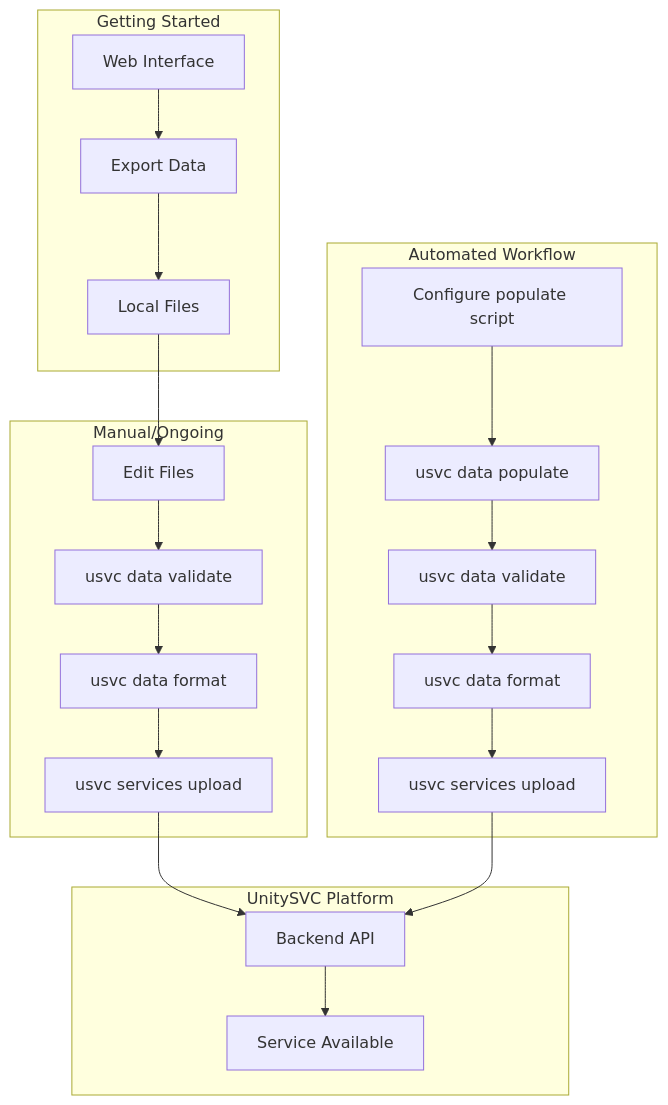
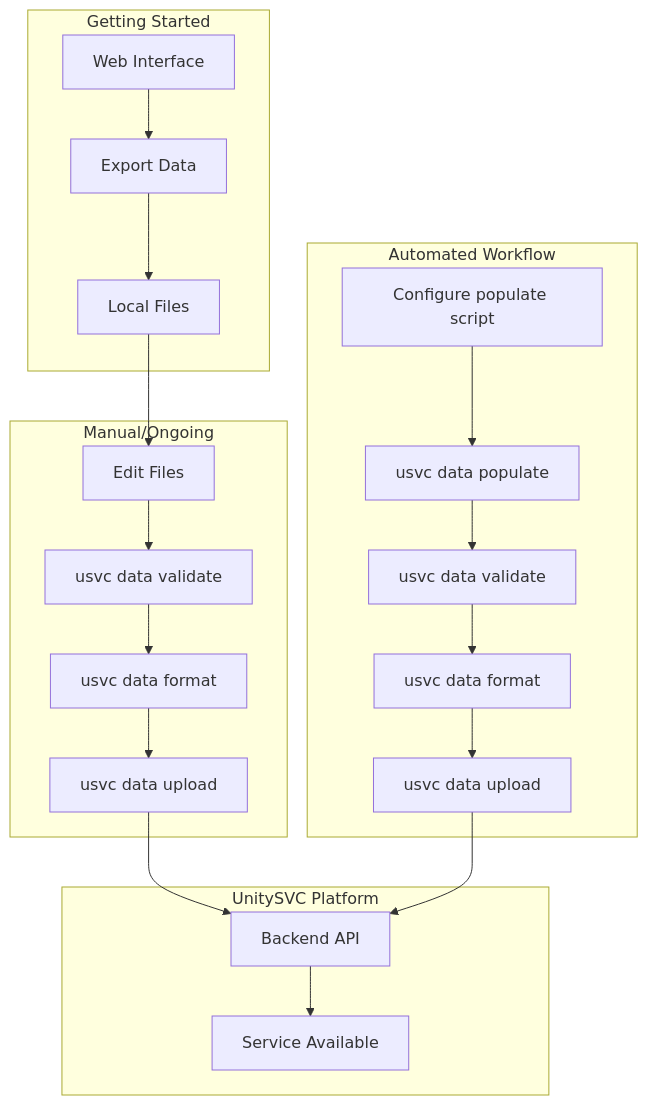
Before and after one commit to unitysvc/unitysvc-services: the first of 3 diagrams in docs/workflows.md, drawn with Mermaid. The commit also changed other lines of this file and 11 other files, not shown here.

Commit message:
rename usvc services upload to usvc data upload

````diff
--- a/docs/workflows.md
+++ b/docs/workflows.md
@@ -20,27 +20,27 @@
 ```mermaid
 flowchart TB
     subgraph WebStart["Getting Started"]
         W1[Web Interface] --> W2[Export Data]
         W2 --> W3[Local Files]
     end
 
     subgraph Manual["Manual/Ongoing"]
         W3 --> A2[Edit Files]
         A2 --> A3[usvc data validate]
         A3 --> A4[usvc data format]
-        A4 --> A5[usvc services upload]
+        A4 --> A5[usvc data upload]
     end
 
     subgraph Automated["Automated Workflow"]
         B1[Configure populate script] --> B2[usvc data populate]
         B2 --> B3[usvc data validate]
         B3 --> B4[usvc data format]
-        B4 --> B5[usvc services upload]
+        B4 --> B5[usvc data upload]
     end
 
     subgraph Platform["UnitySVC Platform"]
         A5 --> C[Backend API]
         B5 --> C
         C --> D[Service Available]
     end
 ```
````
